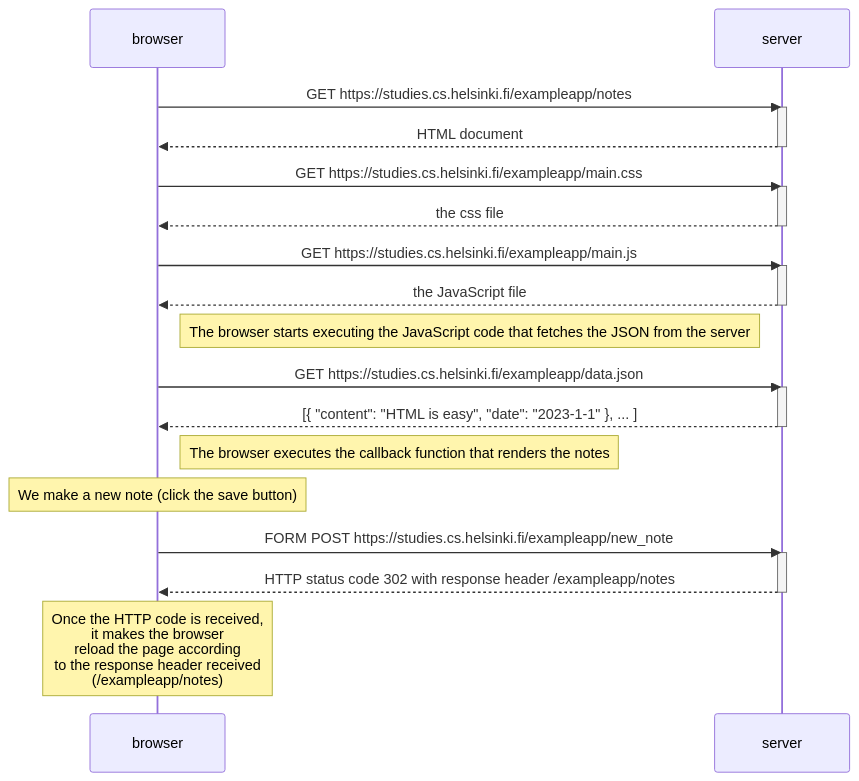
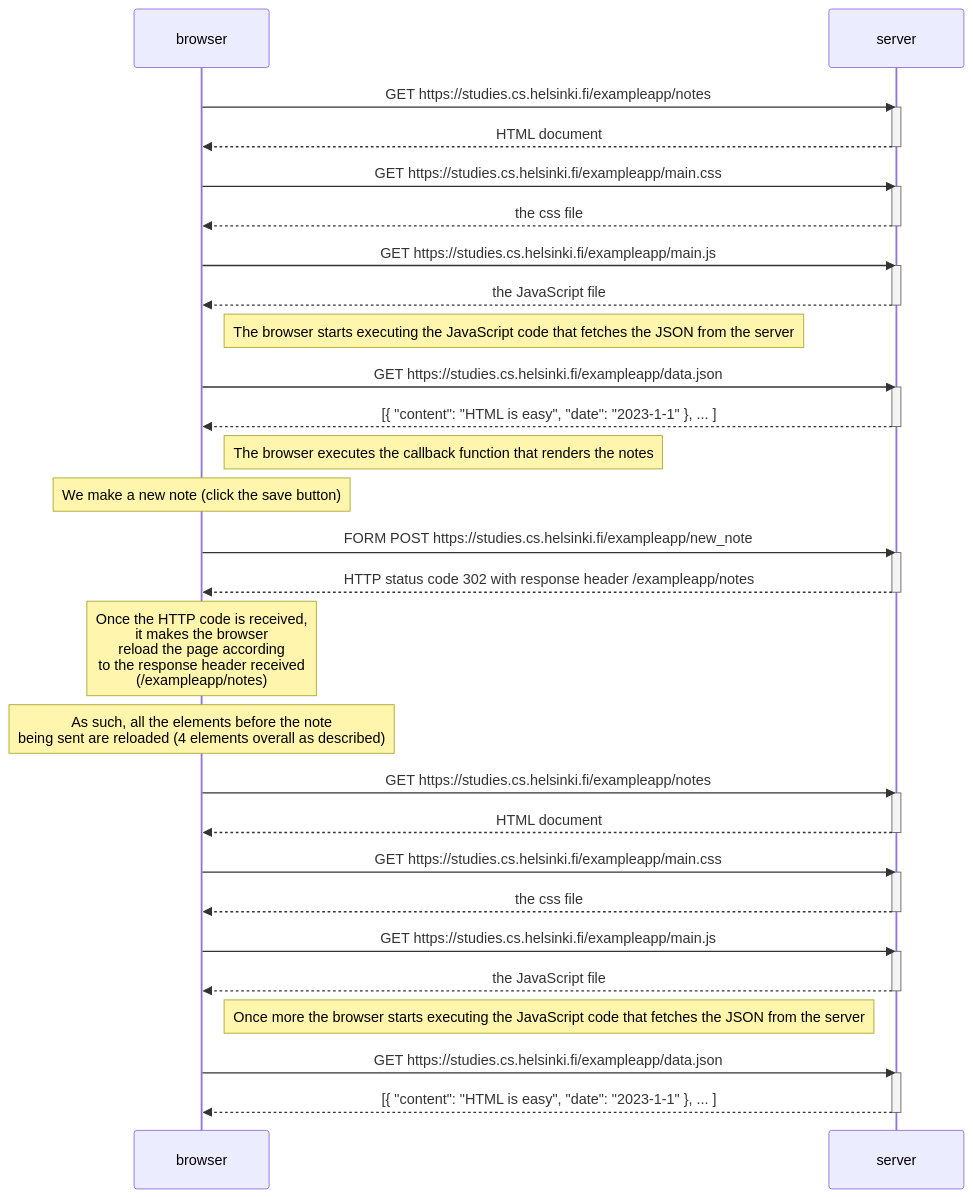
Before and after one commit to kopelthep/FullStackOpen: the diagram in README.md, drawn with Mermaid.

Commit message:
Exercise 0.4 v2

````diff
--- a/README.md
+++ b/README.md
@@ -4,40 +4,61 @@
 ```mermaid
 sequenceDiagram
     participant browser
     participant server
 
     browser->>server: GET https://studies.cs.helsinki.fi/exampleapp/notes
     activate server
     server-->>browser: HTML document
     deactivate server
 
     browser->>server: GET https://studies.cs.helsinki.fi/exampleapp/main.css
     activate server
     server-->>browser: the css file
     deactivate server
 
     browser->>server: GET https://studies.cs.helsinki.fi/exampleapp/main.js
     activate server
     server-->>browser: the JavaScript file
     deactivate server
 
     Note right of browser: The browser starts executing the JavaScript code that fetches the JSON from the server
 
     browser->>server: GET https://studies.cs.helsinki.fi/exampleapp/data.json
     activate server
     server-->>browser: [{ "content": "HTML is easy", "date": "2023-1-1" }, ... ]
     deactivate server
 
     Note right of browser: The browser executes the callback function that renders the notes
     
     Note over browser: We make a new note (click the save button)
     browser->>server: FORM POST https://studies.cs.helsinki.fi/exampleapp/new_note
     activate server
     server-->>browser: HTTP status code 302 with response header /exampleapp/notes
     deactivate server
 
     Note over browser: Once the HTTP code is received,<br> it makes the browser<br> reload the page according <br>to the response header received <br>(/exampleapp/notes)
-    
+    Note over browser:As such, all the elements before the note <br>being sent are reloaded (4 elements overall as described)
 
+    browser->>server: GET https://studies.cs.helsinki.fi/exampleapp/notes
+    activate server
+    server-->>browser: HTML document
+    deactivate server
+
+    browser->>server: GET https://studies.cs.helsinki.fi/exampleapp/main.css
+    activate server
+    server-->>browser: the css file
+    deactivate server
+
+    browser->>server: GET https://studies.cs.helsinki.fi/exampleapp/main.js
+    activate server
+    server-->>browser: the JavaScript file
+    deactivate server
+
+    Note right of browser: Once more the browser starts executing the JavaScript code that fetches the JSON from the server
+
+    browser->>server: GET https://studies.cs.helsinki.fi/exampleapp/data.json
+    activate server
+    server-->>browser: [{ "content": "HTML is easy", "date": "2023-1-1" }, ... ]
+    deactivate server
 
 ```
````
